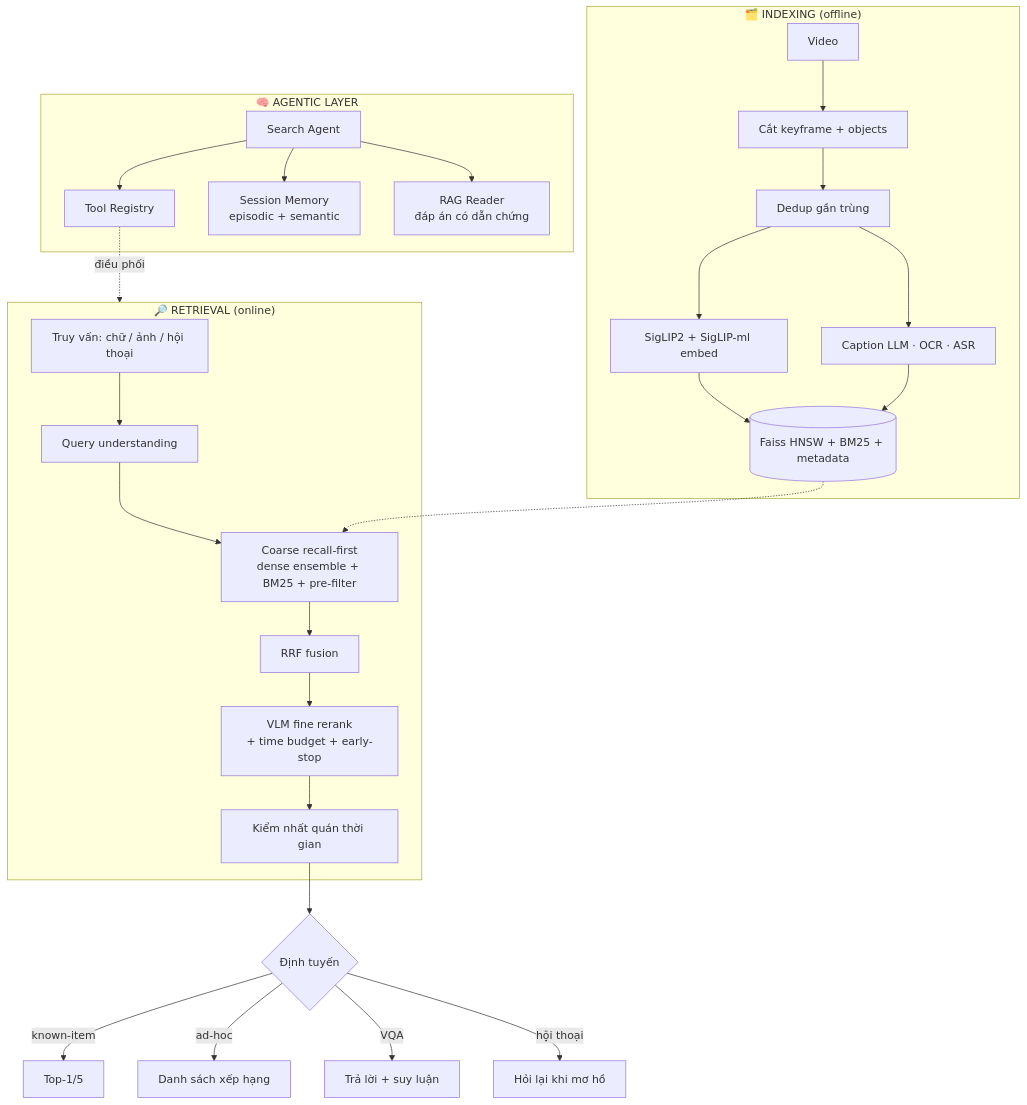
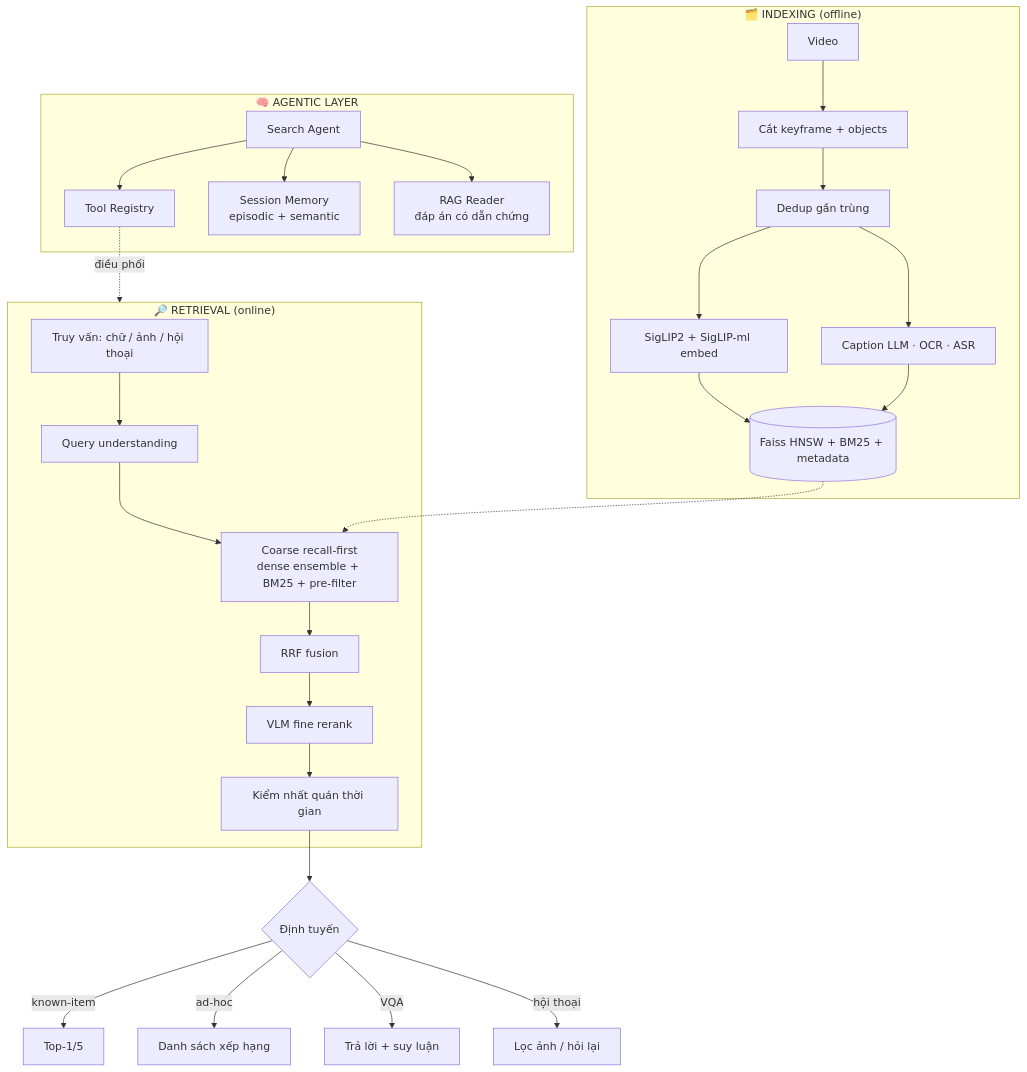
One commit to sai-ctruong/Rewind changed the diagram in README.md. Above: the diagram before and after it, drawn with Mermaid. The commit also changed other lines of this file and 2 other files, not shown here.

````diff
--- a/README.md
+++ b/README.md
@@ -85,33 +138,33 @@
 ```mermaid
 flowchart TD
     subgraph IDX["🗂️ INDEXING (offline)"]
         V[Video] --> KF[Cắt keyframe + objects]
         KF --> DD[Dedup gần trùng]
         DD --> EMB[SigLIP2 + SigLIP-ml embed]
         DD --> ENR[Caption LLM · OCR · ASR]
         EMB --> IX[(Faiss HNSW + BM25 + metadata)]
         ENR --> IX
     end
 
     subgraph RET["🔎 RETRIEVAL (online)"]
         Q[Truy vấn: chữ / ảnh / hội thoại] --> QU[Query understanding]
         QU --> CO[Coarse recall-first<br/>dense ensemble + BM25 + pre-filter]
         CO --> FU[RRF fusion]
-        FU --> RR[VLM fine rerank<br/>+ time budget + early-stop]
+        FU --> RR[VLM fine rerank]
         RR --> TC[Kiểm nhất quán thời gian]
     end
 
     subgraph AG["🧠 AGENTIC LAYER"]
         AGENT[Search Agent] --> TOOLS[Tool Registry]
         AGENT --> MEM[Session Memory<br/>episodic + semantic]
         AGENT --> READER[RAG Reader<br/>đáp án có dẫn chứng]
     end
 
     IX -.-> CO
     TOOLS -.điều phối.-> RET
     TC --> RES{Định tuyến}
     RES -->|known-item| K[Top-1/5]
     RES -->|ad-hoc| A[Danh sách xếp hạng]
     RES -->|VQA| VQ[Trả lời + suy luận]
-    RES -->|hội thoại| KC[Hỏi lại khi mơ hồ]
+    RES -->|hội thoại| KC[Lọc ảnh / hỏi lại]
 ```
````
